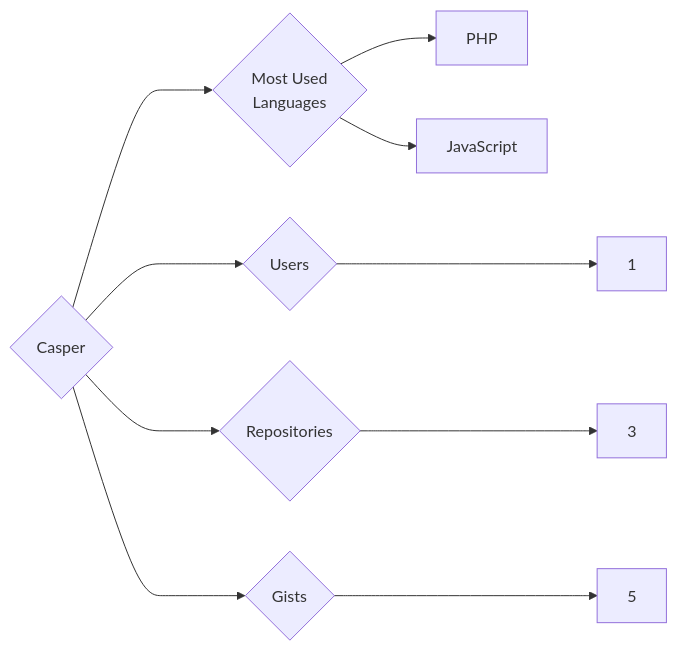
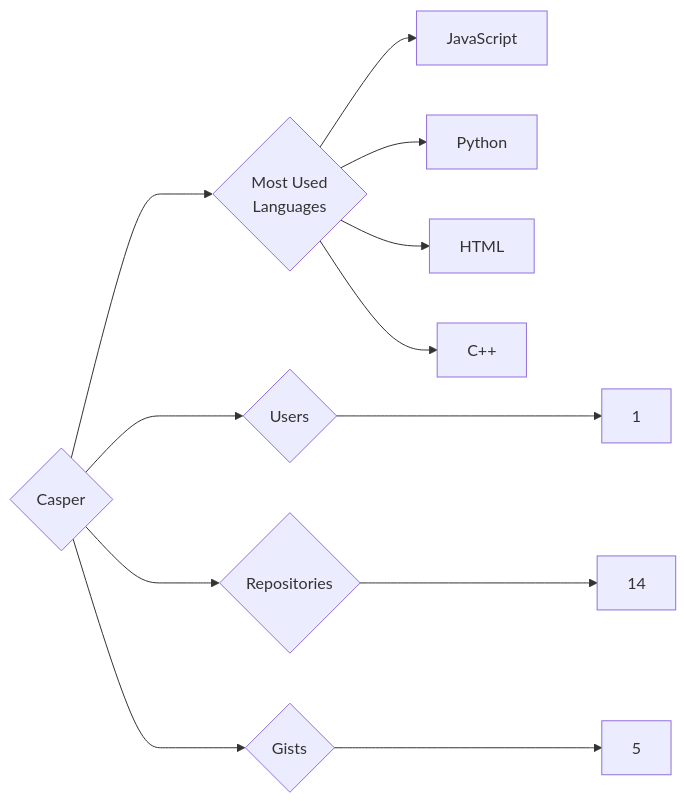
One commit to trickest/insiders changed the diagram in targets/Casper/README.md. Above: the diagram before and after it, drawn with Mermaid. The commit also changed 1088 other files, not shown here.

````diff
--- a/targets/Casper/README.md
+++ b/targets/Casper/README.md
@@ -3,10 +3,12 @@
 ```mermaid
 graph LR
 COMPANY_NAME{Casper}
 COMPANY_NAME ---> U{Users} ---> UN[1]
-COMPANY_NAME ---> R{Repositories} ---> RN[3]
+COMPANY_NAME ---> R{Repositories} ---> RN[14]
 COMPANY_NAME ---> G{Gists} ---> GN[5]
 COMPANY_NAME ---> ML{Most Used<br>Languages}
-ML --> PHP[PHP]
 ML --> JavaScript[JavaScript]
+ML --> Python[Python]
+ML --> HTML[HTML]
+ML --> C++[C++]
 ```
````
